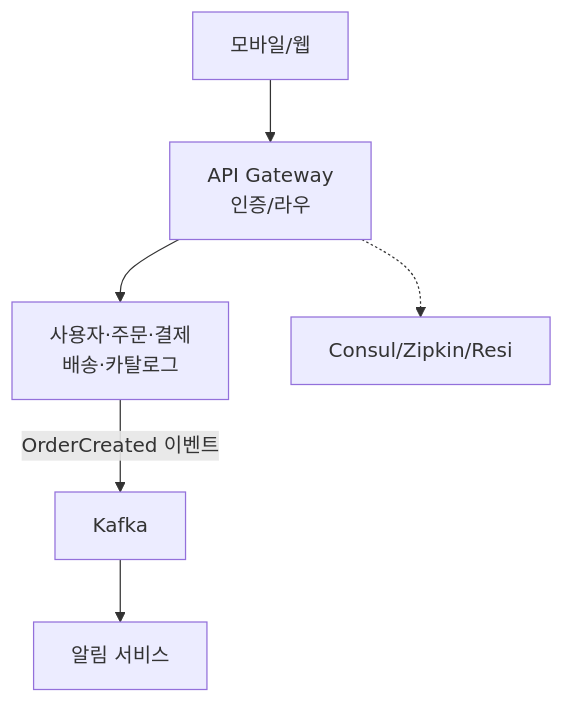
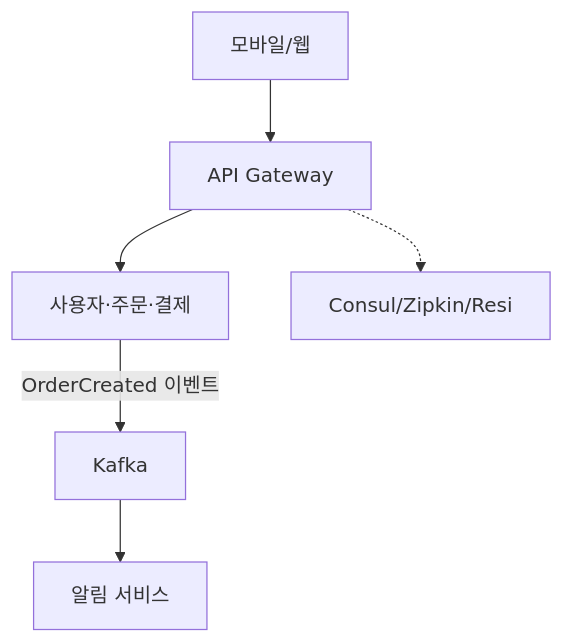
The fifth of 15 diagrams in _posts/architecture/2026-05-02-msa-deep.md (yjkim2015/yjkim2015.github.io), drawn with Mermaid before and after one commit. The commit also changed other lines of this file and 217 other files, not shown here.

First line of the commit message:
Mermaid 크기 수정: useMaxWidth:true + SVG max-width:100% + 라벨 축소

````diff
--- a/_posts/architecture/2026-05-02-msa-deep.md
+++ b/_posts/architecture/2026-05-02-msa-deep.md
@@ -92,8 +92,8 @@
 ```mermaid
 graph TD
-    Client["모바일/웹"] --> AG["API Gateway\n인증/라우"]
-    AG --> Services["사용자·주문·결제\n배송·카탈로그"]
+    Client["모바일/웹"] --> AG["API Gateway"]
+    AG --> Services["사용자·주문·결제"]
     Services -->|"OrderCreated 이벤트"| Kafka["Kafka"]
     Kafka --> Notify["알림 서비스"]
     AG -.-> Infra["Consul/Zipkin/Resi"]
 ```
````
